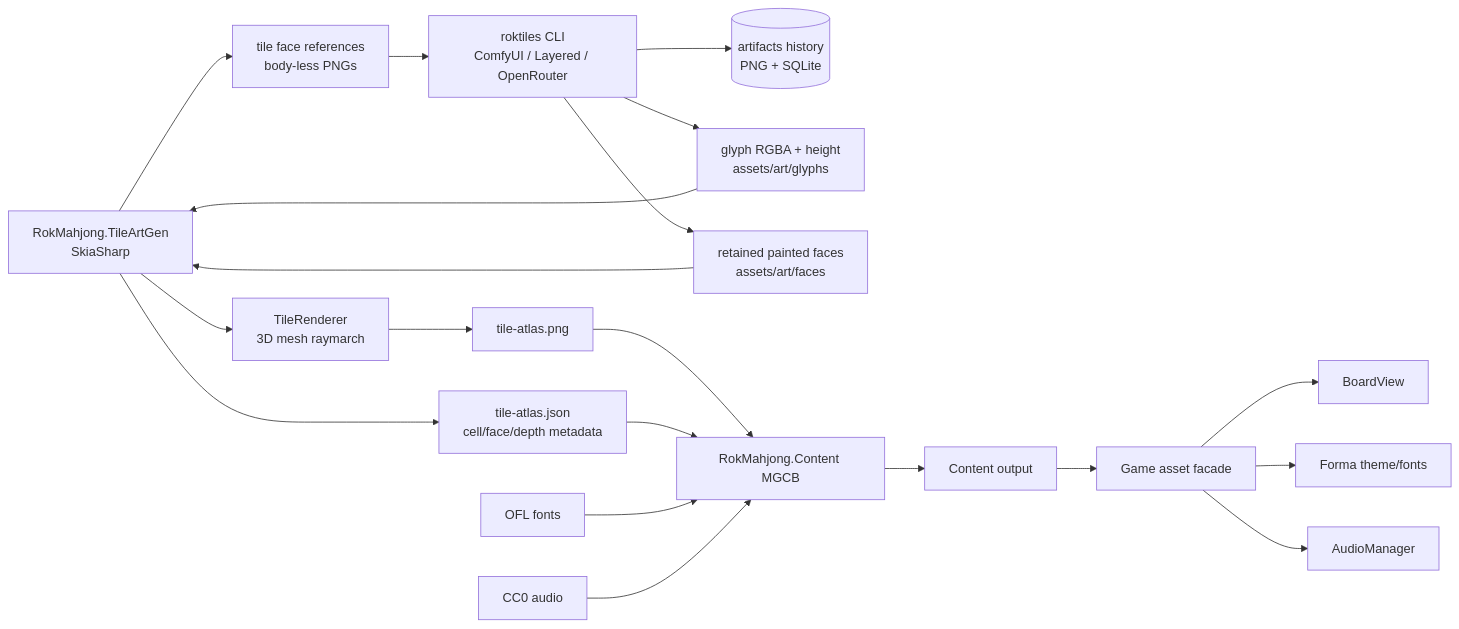
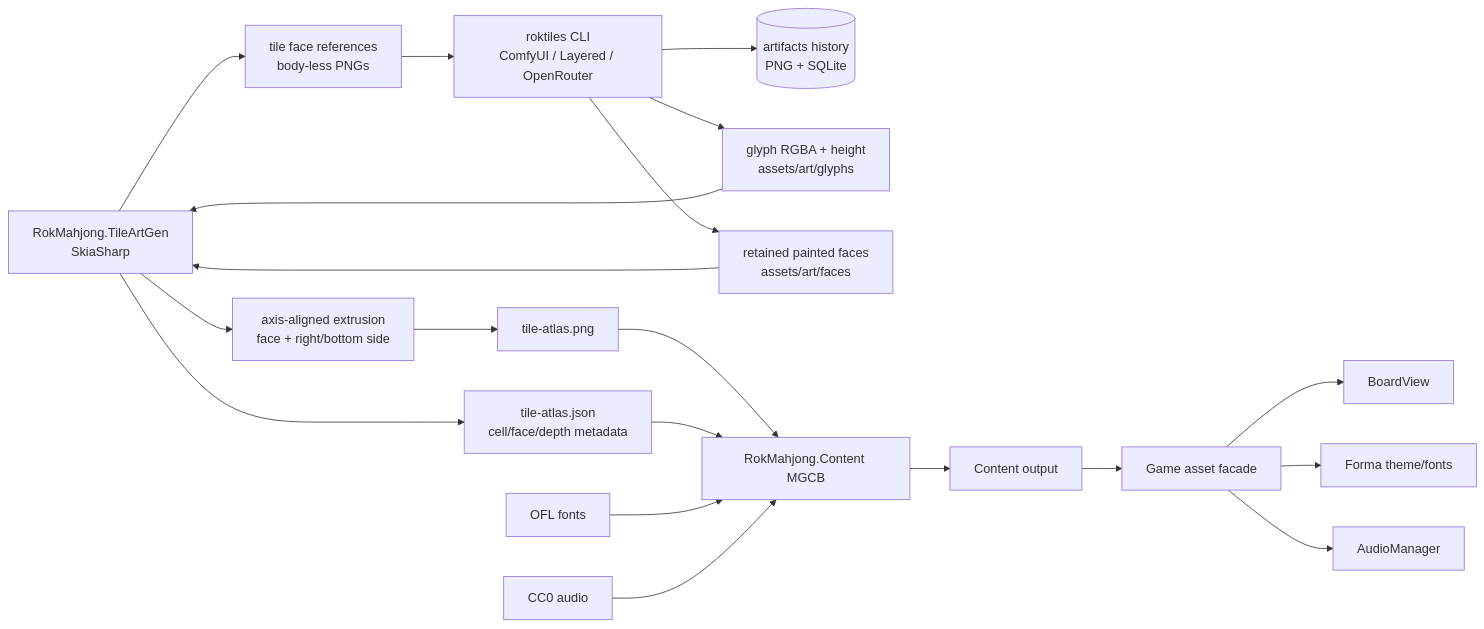
Before and after one commit to zigrok/RokMahjong: the tenth of 10 diagrams in docs/architecture.md, drawn with Mermaid. The commit also changed 10 other files, not shown here.

First line of the commit message:
fix(tiles): axis-aligned 2.5D extrusion instead of a perspective camera

````diff
--- a/docs/architecture.md
+++ b/docs/architecture.md
@@ -393,22 +393,22 @@
 ```mermaid
 flowchart LR
     artTool[RokMahjong.TileArtGen<br/>SkiaSharp] --> reference[tile face references<br/>body-less PNGs]
     reference --> pipeline[roktiles CLI<br/>ComfyUI / Layered / OpenRouter]
     pipeline --> history[(artifacts history<br/>PNG + SQLite)]
     pipeline --> glyphs[glyph RGBA + height<br/>assets/art/glyphs]
     pipeline --> legacy[retained painted faces<br/>assets/art/faces]
     glyphs --> artTool
     legacy --> artTool
-    artTool --> raymarch[TileRenderer<br/>3D mesh raymarch]
-    raymarch --> atlasPng[tile-atlas.png]
+    artTool --> extrude[axis-aligned extrusion<br/>face + right/bottom side]
+    extrude --> atlasPng[tile-atlas.png]
     artTool --> atlasJson[tile-atlas.json<br/>cell/face/depth metadata]
     atlasPng --> mgcb[RokMahjong.Content MGCB]
     atlasJson --> mgcb
     fonts[OFL fonts] --> mgcb
     audio[CC0 audio] --> mgcb
     mgcb --> xnb[Content output]
     xnb --> assets[Game asset facade]
     assets --> board[BoardView]
     assets --> ui[Forma theme/fonts]
     assets --> audioMgr[AudioManager]
 ```
````
